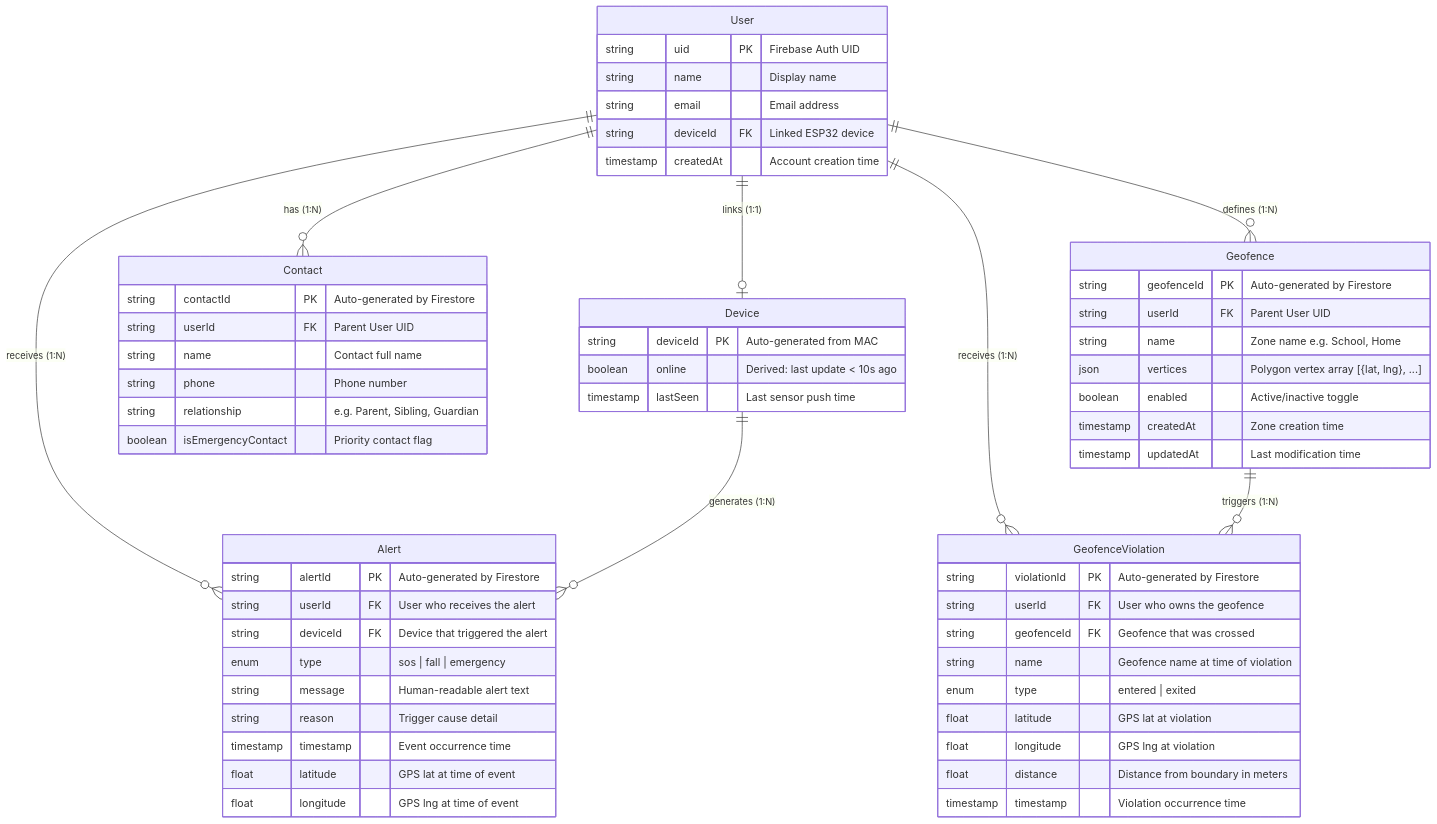
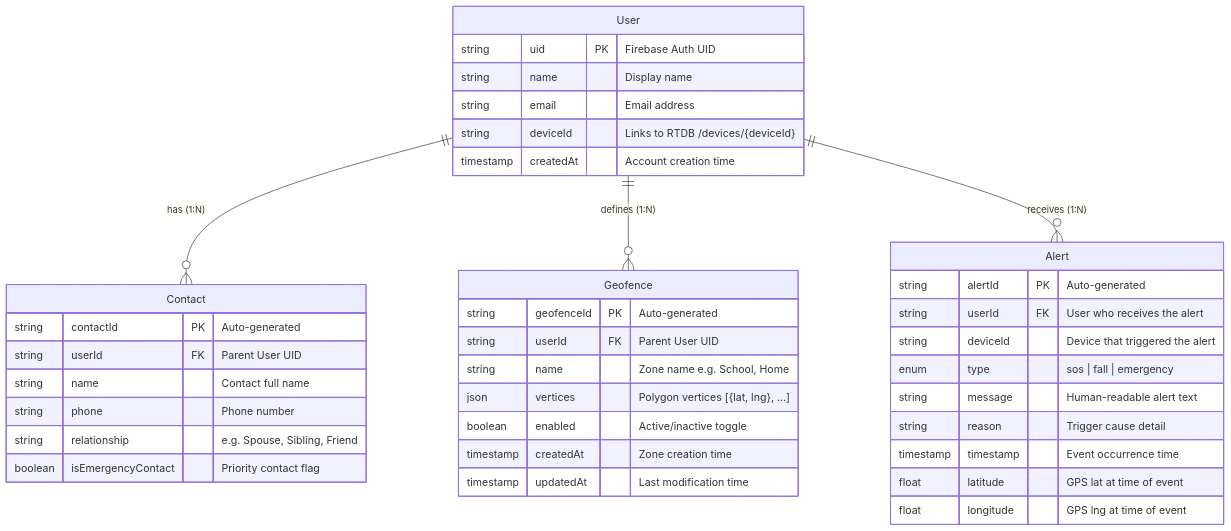
The diagram in docs/entity-relationship-diagram.md (Tuma0991/PWPD), drawn with Mermaid before and after one commit. The commit also changed other lines of this file and 2 other files, not shown here.

````diff
--- a/docs/entity-relationship-diagram.md
+++ b/docs/entity-relationship-diagram.md
@@ -7,67 +17,45 @@
 ```mermaid
 erDiagram
     User {
         string uid PK "Firebase Auth UID"
         string name "Display name"
         string email "Email address"
-        string deviceId FK "Linked ESP32 device"
+        string deviceId "Links to RTDB /devices/{deviceId}"
         timestamp createdAt "Account creation time"
     }
 
-    Device {
-        string deviceId PK "Auto-generated from MAC"
-        boolean online "Derived: last update < 10s ago"
-        timestamp lastSeen "Last sensor push time"
-    }
-
     Contact {
-        string contactId PK "Auto-generated by Firestore"
+        string contactId PK "Auto-generated"
         string userId FK "Parent User UID"
         string name "Contact full name"
         string phone "Phone number"
-        string relationship "e.g. Parent, Sibling, Guardian"
+        string relationship "e.g. Spouse, Sibling, Friend"
         boolean isEmergencyContact "Priority contact flag"
     }
 
     Geofence {
-        string geofenceId PK "Auto-generated by Firestore"
+        string geofenceId PK "Auto-generated"
         string userId FK "Parent User UID"
         string name "Zone name e.g. School, Home"
-        json vertices "Polygon vertex array [{lat, lng}, ...]"
+        json vertices "Polygon vertices [{lat, lng}, ...]"
         boolean enabled "Active/inactive toggle"
         timestamp createdAt "Zone creation time"
         timestamp updatedAt "Last modification time"
     }
 
     Alert {
-        string alertId PK "Auto-generated by Firestore"
+        string alertId PK "Auto-generated"
         string userId FK "User who receives the alert"
-        string deviceId FK "Device that triggered the alert"
+        string deviceId "Device that triggered the alert"
         enum type "sos | fall | emergency"
         string message "Human-readable alert text"
         string reason "Trigger cause detail"
         timestamp timestamp "Event occurrence time"
         float latitude "GPS lat at time of event"
         float longitude "GPS lng at time of event"
     }
 
-    GeofenceViolation {
-        string violationId PK "Auto-generated by Firestore"
-        string userId FK "User who owns the geofence"
-        string geofenceId FK "Geofence that was crossed"
-        string name "Geofence name at time of violation"
-        enum type "entered | exited"
-        float latitude "GPS lat at violation"
-        float longitude "GPS lng at violation"
-        float distance "Distance from boundary in meters"
-        timestamp timestamp "Violation occurrence time"
-    }
-
-    User ||--o| Device : "links (1:1)"
     User ||--o{ Contact : "has (1:N)"
     User ||--o{ Geofence : "defines (1:N)"
     User ||--o{ Alert : "receives (1:N)"
-    User ||--o{ GeofenceViolation : "receives (1:N)"
-    Device ||--o{ Alert : "generates (1:N)"
-    Geofence ||--o{ GeofenceViolation : "triggers (1:N)"
 ```
````
